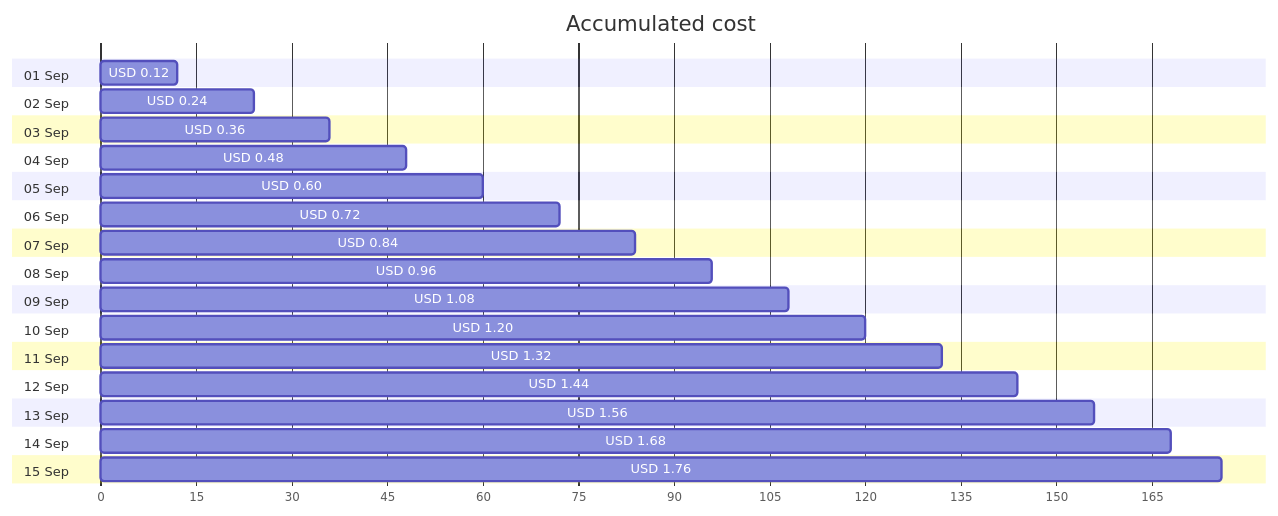
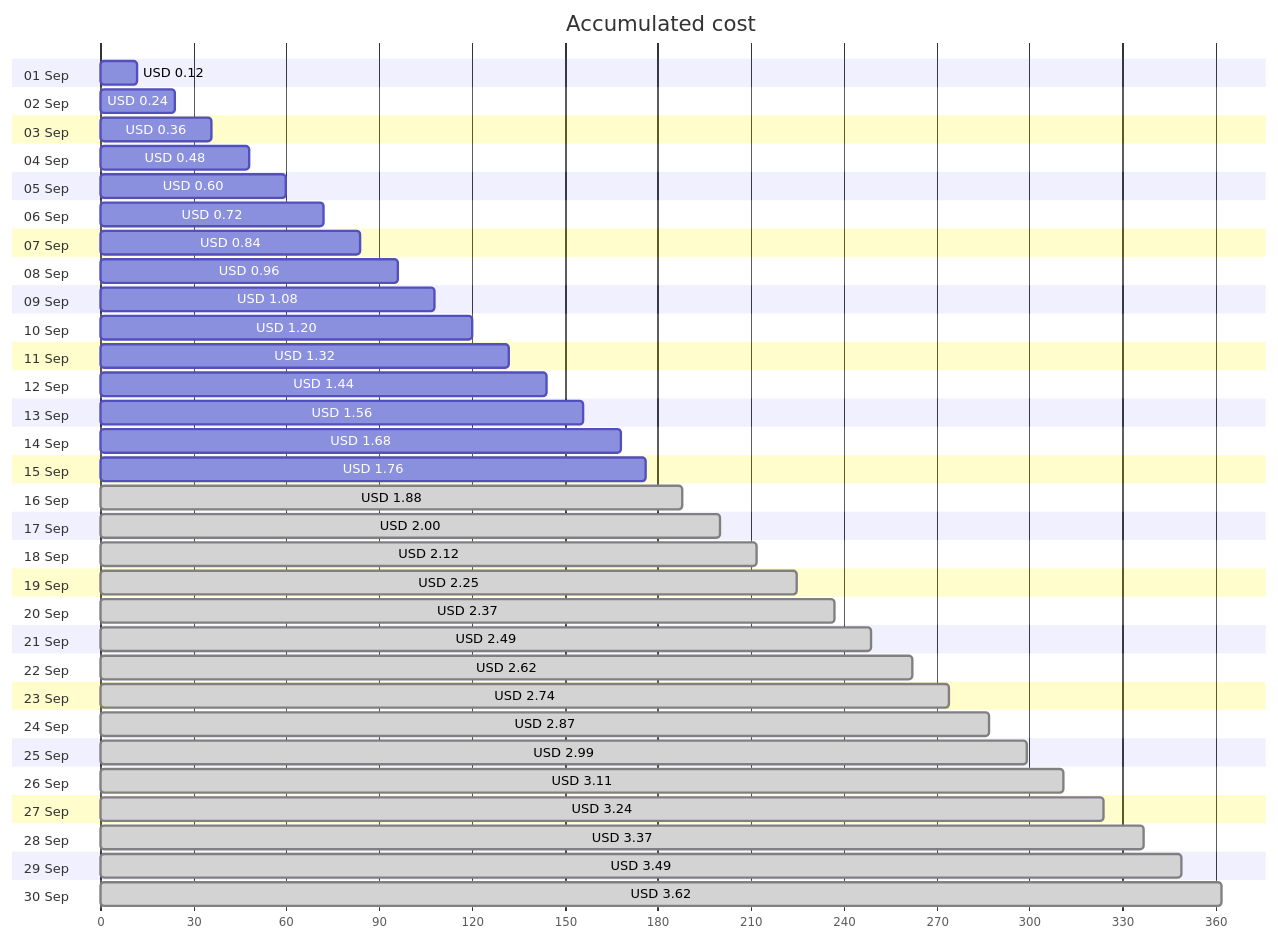
One commit to jpfulton/azure-personal-reports changed the first of 4 diagrams in cost-reports/personal-network/linux-dev-public-ip.md. Above: the diagram before and after it, drawn with Mermaid. The commit also changed other lines of this file and 21 other files, not shown here.

````diff
--- a/cost-reports/personal-network/linux-dev-public-ip.md
+++ b/cost-reports/personal-network/linux-dev-public-ip.md
@@ -20,36 +20,66 @@
 ```mermaid
 gantt
    title Accumulated cost
    dateFormat  X
    axisFormat %s
    section 01 Sep
    USD 0.12 :0, 12
    section 02 Sep
    USD 0.24 :0, 24
    section 03 Sep
    USD 0.36 :0, 36
    section 04 Sep
    USD 0.48 :0, 48
    section 05 Sep
    USD 0.60 :0, 60
    section 06 Sep
    USD 0.72 :0, 72
    section 07 Sep
    USD 0.84 :0, 84
    section 08 Sep
    USD 0.96 :0, 96
    section 09 Sep
    USD 1.08 :0, 108
    section 10 Sep
    USD 1.20 :0, 120
    section 11 Sep
    USD 1.32 :0, 132
    section 12 Sep
    USD 1.44 :0, 144
    section 13 Sep
    USD 1.56 :0, 156
    section 14 Sep
    USD 1.68 :0, 168
    section 15 Sep
    USD 1.76 :0, 176
+   section 16 Sep
+   USD 1.88 : done, 0, 188
+   section 17 Sep
+   USD 2.00 : done, 0, 200
+   section 18 Sep
+   USD 2.12 : done, 0, 212
+   section 19 Sep
+   USD 2.25 : done, 0, 225
+   section 20 Sep
+   USD 2.37 : done, 0, 237
+   section 21 Sep
+   USD 2.49 : done, 0, 249
+   section 22 Sep
+   USD 2.62 : done, 0, 262
+   section 23 Sep
+   USD 2.74 : done, 0, 274
+   section 24 Sep
+   USD 2.87 : done, 0, 287
+   section 25 Sep
+   USD 2.99 : done, 0, 299
+   section 26 Sep
+   USD 3.11 : done, 0, 311
+   section 27 Sep
+   USD 3.24 : done, 0, 324
+   section 28 Sep
+   USD 3.37 : done, 0, 337
+   section 29 Sep
+   USD 3.49 : done, 0, 349
+   section 30 Sep
+   USD 3.62 : done, 0, 362
 ```
````
